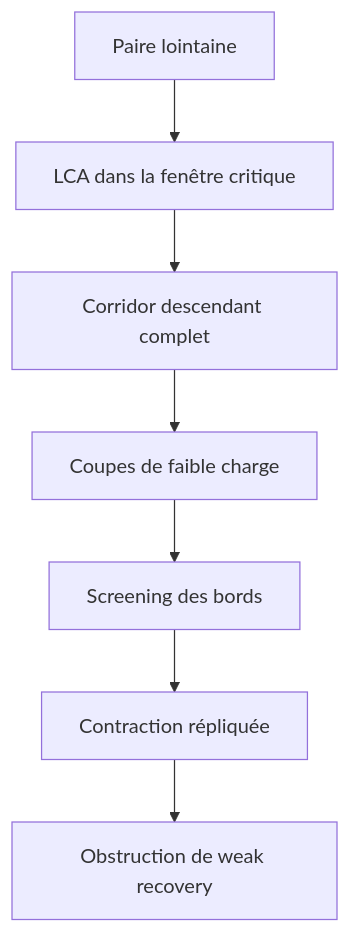
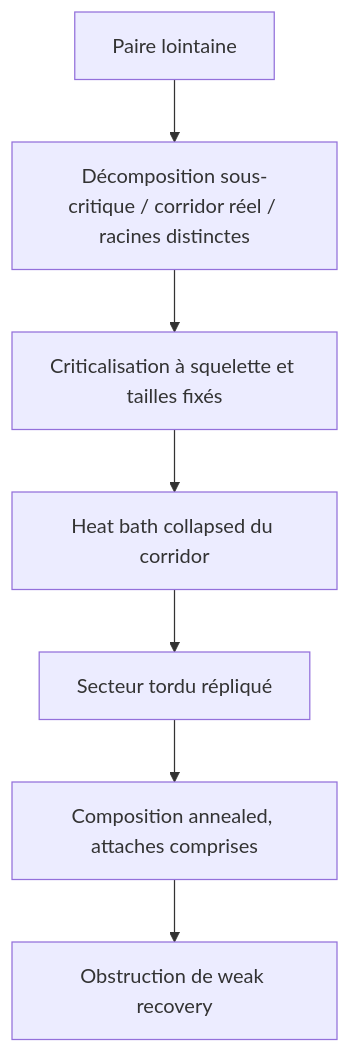
Before and after one commit to Ludwig-H/Presentation-MathNet-2026-06-15: the diagram in research/hierarchical-swendsen-wang/README.md, drawn with Mermaid. The commit also changed other lines of this file and 5 other files, not shown here.

Commit message:
Add hierarchical weak-recovery roadmap

````diff
--- a/research/hierarchical-swendsen-wang/README.md
+++ b/research/hierarchical-swendsen-wang/README.md
@@ -103,9 +112,9 @@
 ```mermaid
 flowchart TD
-    P["Paire lointaine"] --> U["LCA dans la fenêtre critique"]
-    U --> C["Corridor descendant complet"]
-    C --> G["Coupes de faible charge"]
-    G --> S["Screening des bords"]
-    S --> X["Contraction répliquée"]
-    X --> W["Obstruction de weak recovery"]
+    P["Paire lointaine"] --> D["Décomposition sous-critique / corridor réel / racines distinctes"]
+    D --> C["Criticalisation à squelette et tailles fixés"]
+    C --> H["Heat bath collapsed du corridor"]
+    H --> X["Secteur tordu répliqué"]
+    X --> A["Composition annealed, attaches comprises"]
+    A --> W["Obstruction de weak recovery"]
 ```
````
